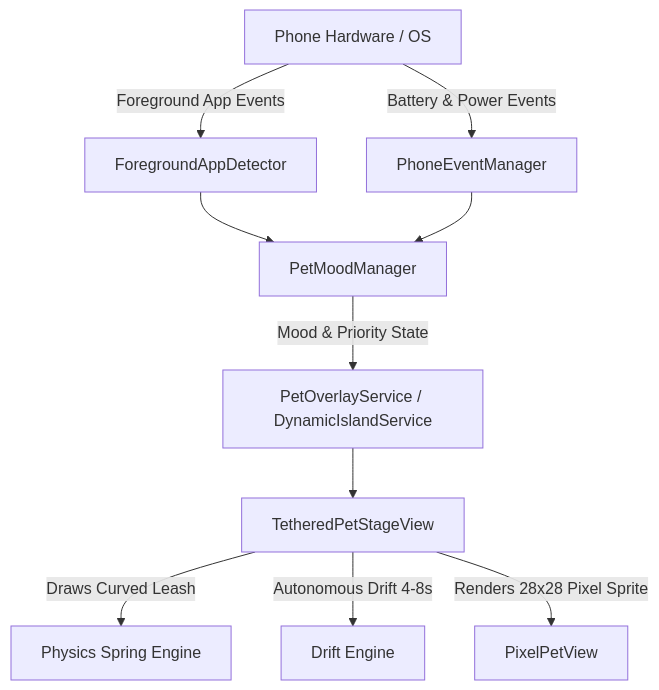
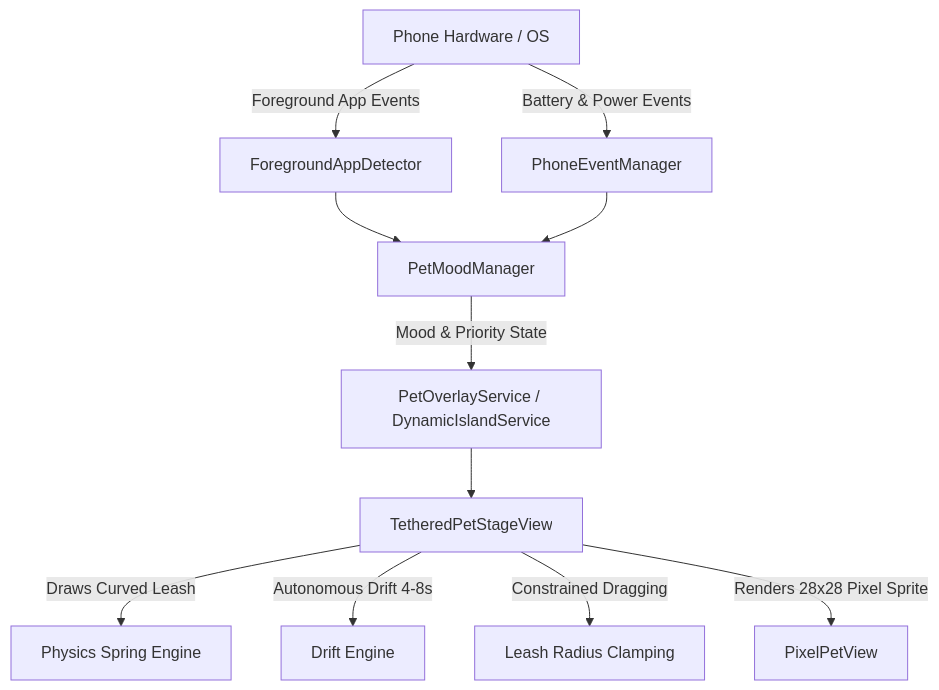
Before and after one commit to V3NK47XD/PixelPet: the diagram in AGENTS.md, drawn with Mermaid. The commit also changed other lines of this file and 4 other files, not shown here.

````diff
--- a/AGENTS.md
+++ b/AGENTS.md
@@ -15,12 +15,13 @@
 ```mermaid
 graph TD
     A[Phone Hardware / OS] -->|Foreground App Events| B[ForegroundAppDetector]
     A -->|Battery & Power Events| C[PhoneEventManager]
     B --> D[PetMoodManager]
     C --> D[PetMoodManager]
     D -->|Mood & Priority State| E[PetOverlayService / DynamicIslandService]
     E --> F[TetheredPetStageView]
     F -->|Draws Curved Leash| G[Physics Spring Engine]
     F -->|Autonomous Drift 4-8s| H[Drift Engine]
+    F -->|Constrained Dragging| J[Leash Radius Clamping]
     F -->|Renders 28x28 Pixel Sprite| I[PixelPetView]
 ```
````
